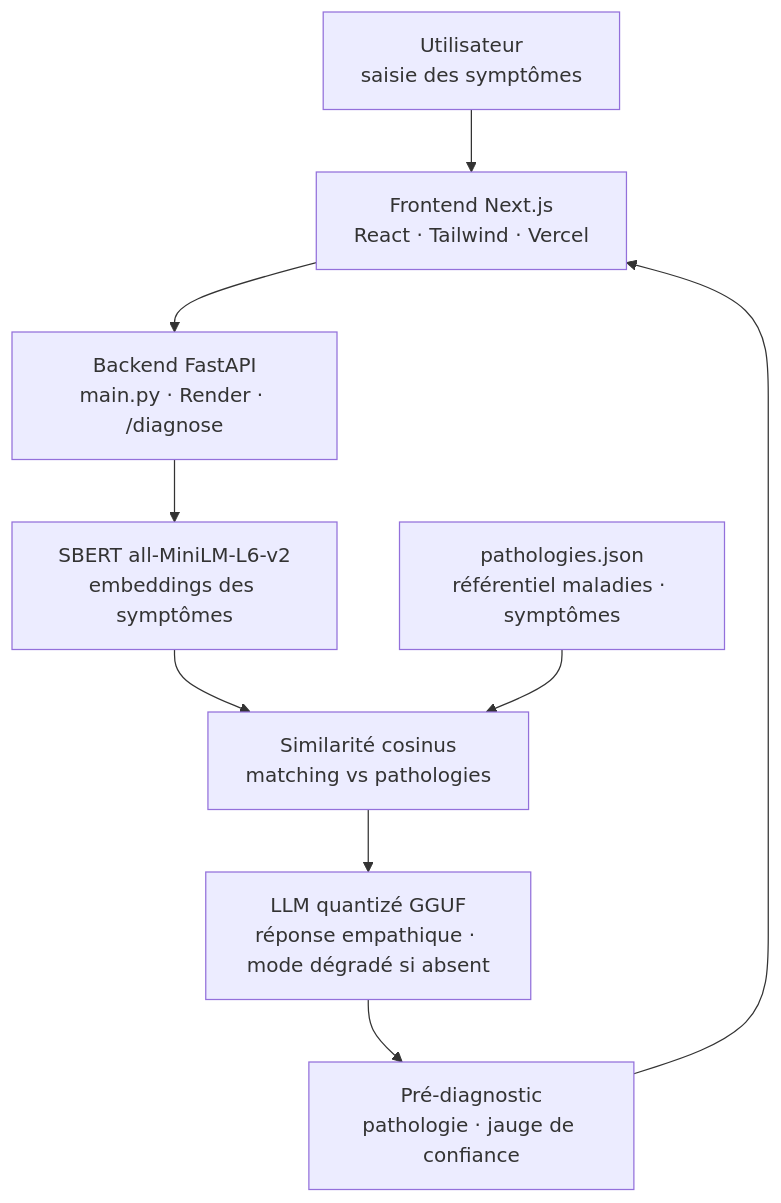
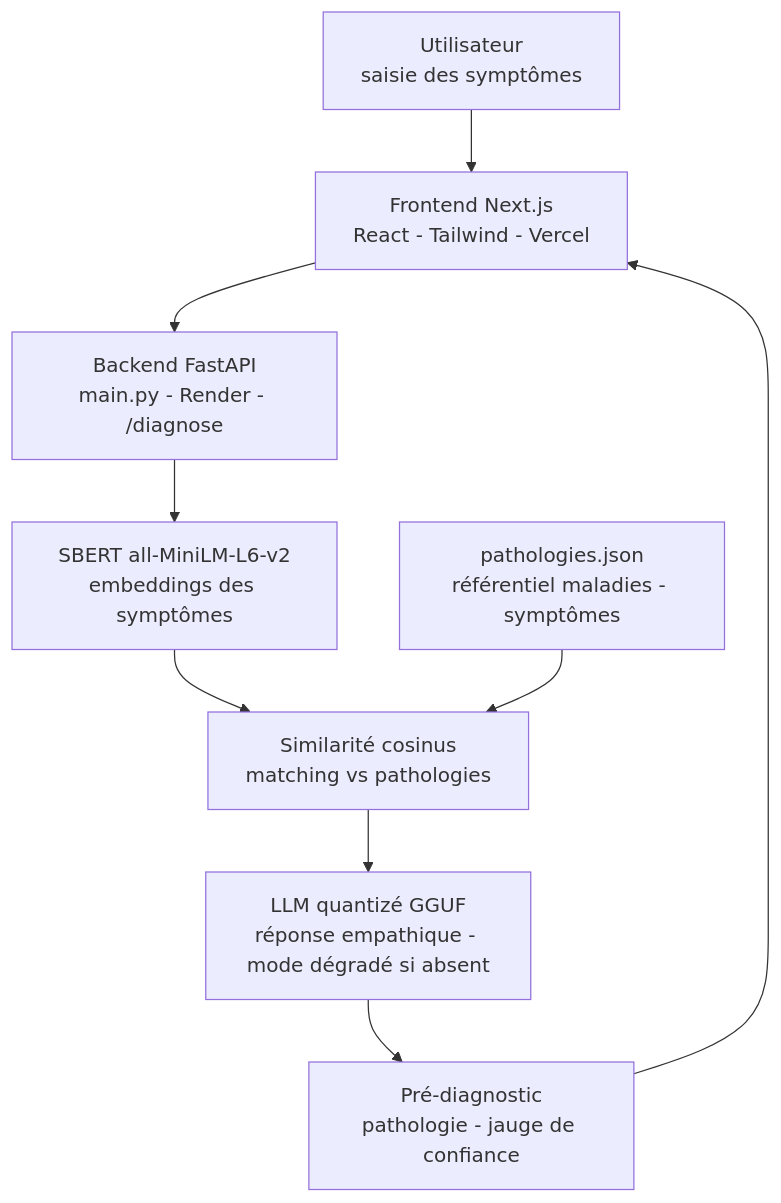
One commit to Adam-Blf/Projet-IA-Generative-Doctis-AI-mo changed the diagram in README.md. Above: the diagram before and after it, drawn with Mermaid. The commit also changed other lines of this file, not shown here.

Commit message:
docs: typography pass, no em dash or middle dot (#3)

````diff
--- a/README.md
+++ b/README.md
@@ -53,20 +53,20 @@
 ```mermaid
 flowchart TB
     USER["Utilisateur<br/>saisie des symptômes"]
-    FRONT["Frontend Next.js<br/>React · Tailwind · Vercel"]
-    API["Backend FastAPI<br/>main.py · Render · /diagnose"]
+    FRONT["Frontend Next.js<br/>React - Tailwind - Vercel"]
+    API["Backend FastAPI<br/>main.py - Render - /diagnose"]
     SBERT["SBERT all-MiniLM-L6-v2<br/>embeddings des symptômes"]
     MATCH["Similarité cosinus<br/>matching vs pathologies"]
-    DB["pathologies.json<br/>référentiel maladies · symptômes"]
-    LLM["LLM quantizé GGUF<br/>réponse empathique · mode dégradé si absent"]
-    RESULT["Pré-diagnostic<br/>pathologie · jauge de confiance"]
+    DB["pathologies.json<br/>référentiel maladies - symptômes"]
+    LLM["LLM quantizé GGUF<br/>réponse empathique - mode dégradé si absent"]
+    RESULT["Pré-diagnostic<br/>pathologie - jauge de confiance"]
 
     USER --> FRONT
     FRONT --> API
     API --> SBERT
     SBERT --> MATCH
     DB --> MATCH
     MATCH --> LLM
     LLM --> RESULT
     RESULT --> FRONT
 ```
````
